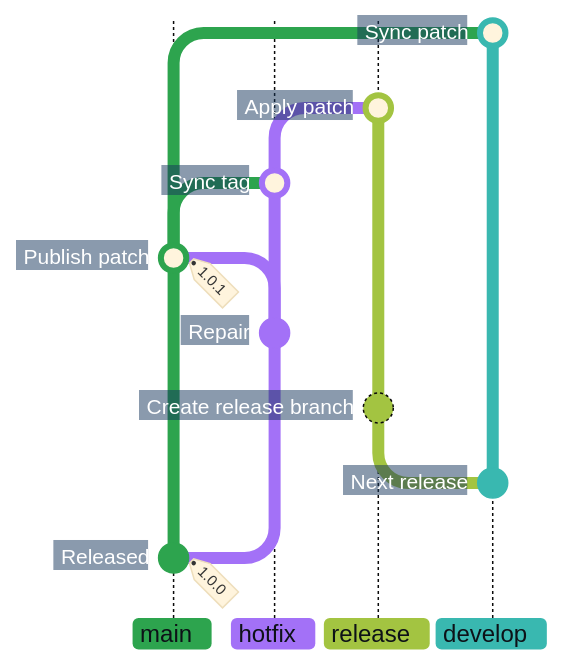
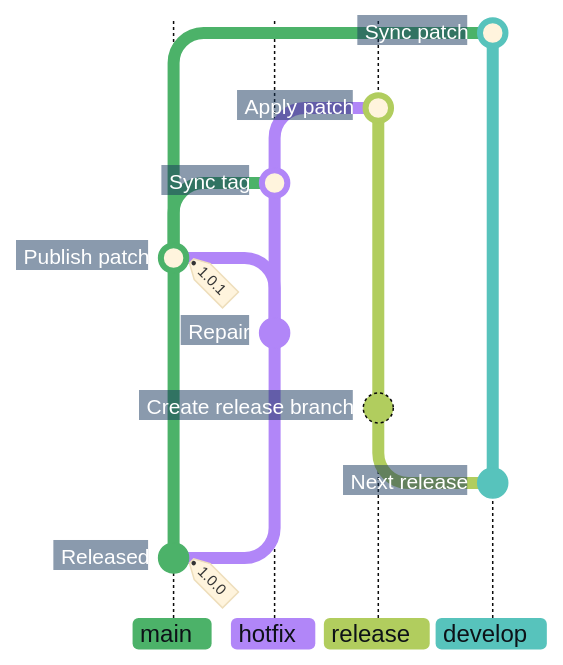
Before and after one commit to superhero/operations.superduper.solutions: the second of 2 diagrams in docs/adr/cicd.md, drawn with Mermaid. The commit also changed other lines of this file, not shown here.

Commit message:
docs: lighten the Git graph branch palette

````diff
--- a/docs/adr/cicd.md
+++ b/docs/adr/cicd.md
@@ -99,30 +99,30 @@
 ```mermaid
-%%{init: {"theme": "base", "themeCSS": "line.branch { stroke: #8B949E; stroke-width: 1px; stroke-dasharray: 1 4; stroke-linecap: round; } .branchLabel, .tag-label { font-weight: 700; } .branchLabelBkg { clip-path: inset(0 8px 0 0 round 4px) fill-box; } .commit-labels g:last-of-type { visibility: hidden; } .commit-labels g { transform-box: fill-box; transform-origin: calc(100% + 17px) calc(50% + 2px); transform: rotate(-10deg); } .commit-label { font-weight: 700; transform: translateX(-8px); } .commit-label-bkg { opacity: 1; stroke: #17365D; stroke-width: 20px; transform: translateX(-5px); clip-path: polygon(-4px -4px, calc(100% + 4px) -4px, calc(100% + 10px) 50%, calc(100% + 4px) calc(100% + 4px), -4px calc(100% + 4px)) fill-box; } .commit.branch { stroke: #A3C441; stroke-dasharray: none; } .commit-labels g:nth-last-of-type(2) { transform-box: fill-box; transform-origin: -24px calc(50% + 40px); transform: translate(calc(100% + 44px), -38px) rotate(10deg); } .commit-labels g:nth-last-of-type(2) .commit-label-bkg { stroke-width: 80px; clip-path: polygon(-4px -4px, calc(100% + 4px) -4px, calc(100% + 4px) calc(100% + 4px), 4px calc(100% + 4px), -10px calc(50% + 40px), -4px calc(100% + 4px)) fill-box; }", "gitGraph": {"showCommitLabel": true, "rotateCommitLabel": false}, "themeVariables": {
+%%{init: {"theme": "base", "themeCSS": "line.branch { stroke: #8B949E; stroke-width: 1px; stroke-dasharray: 1 4; stroke-linecap: round; } .branchLabel, .tag-label { font-weight: 700; } .branchLabelBkg { clip-path: inset(0 8px 0 0 round 4px) fill-box; } .commit-labels g:last-of-type { visibility: hidden; } .commit-labels g { transform-box: fill-box; transform-origin: calc(100% + 17px) calc(50% + 2px); transform: rotate(-10deg); } .commit-label { font-weight: 700; transform: translateX(-8px); } .commit-label-bkg { opacity: 1; stroke: #17365D; stroke-width: 20px; transform: translateX(-5px); clip-path: polygon(-4px -4px, calc(100% + 4px) -4px, calc(100% + 10px) 50%, calc(100% + 4px) calc(100% + 4px), -4px calc(100% + 4px)) fill-box; } .commit.branch { stroke: #B1CD5E; stroke-dasharray: none; } .commit-labels g:nth-last-of-type(2) { transform-box: fill-box; transform-origin: -24px calc(50% + 40px); transform: translate(calc(100% + 44px), -38px) rotate(10deg); } .commit-labels g:nth-last-of-type(2) .commit-label-bkg { stroke-width: 80px; clip-path: polygon(-4px -4px, calc(100% + 4px) -4px, calc(100% + 4px) calc(100% + 4px), 4px calc(100% + 4px), -10px calc(50% + 40px), -4px calc(100% + 4px)) fill-box; }", "gitGraph": {"showCommitLabel": true, "rotateCommitLabel": false}, "themeVariables": {
     "commitLabelFontSize": "14px", "commitLabelColor": "#FFFFFF", "commitLabelBackground": "#17365D",
-    "git0": "#2DA44E", "gitBranchLabel0": "#0D1117",
-    "git1": "#A371F7", "gitBranchLabel1": "#0D1117",
-    "git2": "#A3C441", "gitBranchLabel2": "#0D1117",
-    "git3": "#39B8B0", "gitBranchLabel3": "#0D1117"
+    "git0": "#4CB269", "gitBranchLabel0": "#0D1117",
+    "git1": "#B186F8", "gitBranchLabel1": "#0D1117",
+    "git2": "#B1CD5E", "gitBranchLabel2": "#0D1117",
+    "git3": "#57C3BC", "gitBranchLabel3": "#0D1117"
 }}}%%
 gitGraph BT:
     %% Keep the next-release note clear of the leftward release fork.
     %% In BT order, the initial commit note is the last label group; its tag stays visible.
     branch develop order: 3
     checkout main
     commit id: "Released" tag: "1.0.0"
     checkout develop
     commit id: "Next release"
     branch "release" order: 2
     commit id: "Create release branch"
     checkout main
     branch "hotfix" order: 1
     commit id: "Repair"
     checkout main
     merge "hotfix" id: "Publish patch" tag: "1.0.1"
     checkout "hotfix"
     merge main id: "Sync tag"
     checkout "release"
     merge "hotfix" id: "Apply patch"
     checkout develop
     merge main id: "Sync patch"
 ```
````
